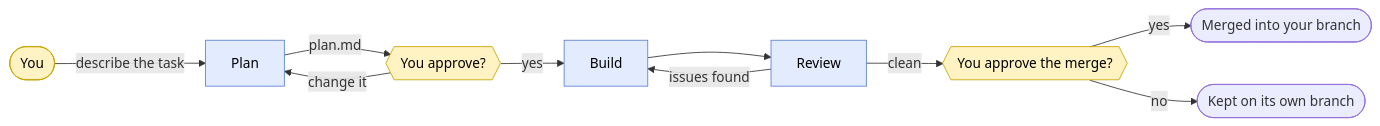
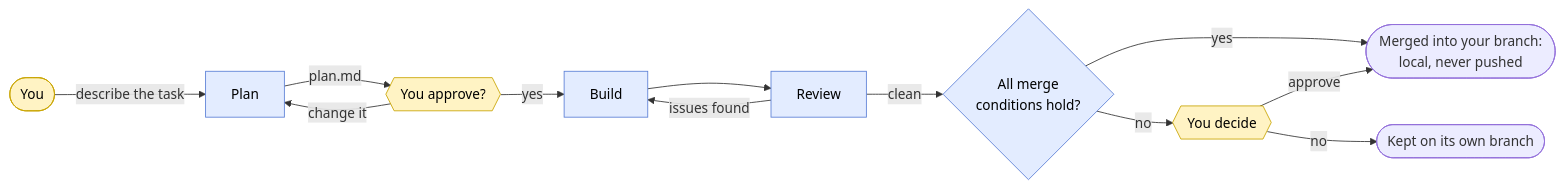
Before and after one commit to ijat/orch: the first of 6 diagrams in README.md, drawn with Mermaid. The commit also changed other lines of this file and 111 other files, not shown here.

````diff
--- a/README.md
+++ b/README.md
@@ -24,17 +25,19 @@
 ```mermaid
 flowchart LR
     U([You]) -->|describe the task| PL[Plan]
     PL -->|plan.md| G1{{You approve?}}
     G1 -->|change it| PL
     G1 -->|yes| B[Build]
     B --> R[Review]
     R -->|issues found| B
-    R -->|clean| G2{{You approve the merge?}}
-    G2 -->|yes| M([Merged into your branch])
-    G2 -->|no| K([Kept on its own branch])
+    R -->|clean| G2{All merge<br/>conditions hold?}
+    G2 -->|yes| M([Merged into your branch:<br/>local, never pushed])
+    G2 -->|no| A{{You decide}}
+    A -->|approve| M
+    A -->|no| K([Kept on its own branch])
 
     classDef you fill:#fff3c4,stroke:#c9a400,color:#000
     classDef agent fill:#e3ecff,stroke:#5b7fd6,color:#000
-    class U,G1,G2 you
-    class PL,B,R agent
+    class U,G1,A you
+    class PL,B,R,G2 agent
 ```
````
